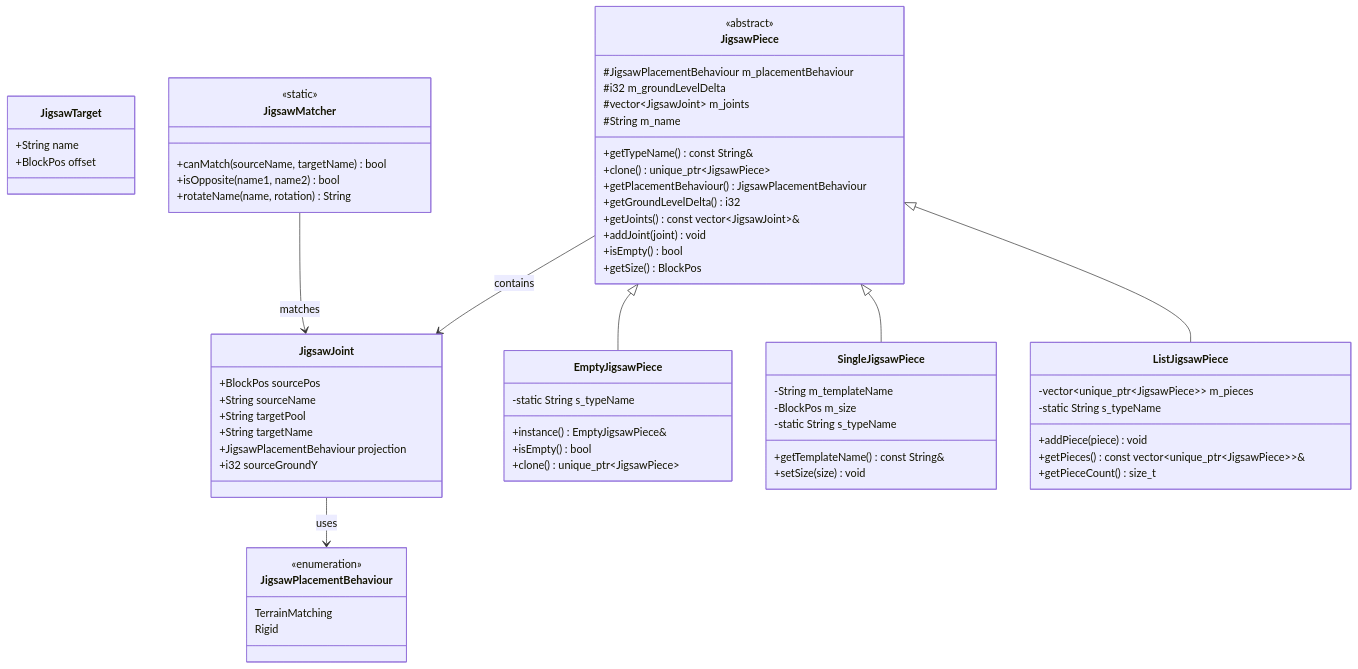
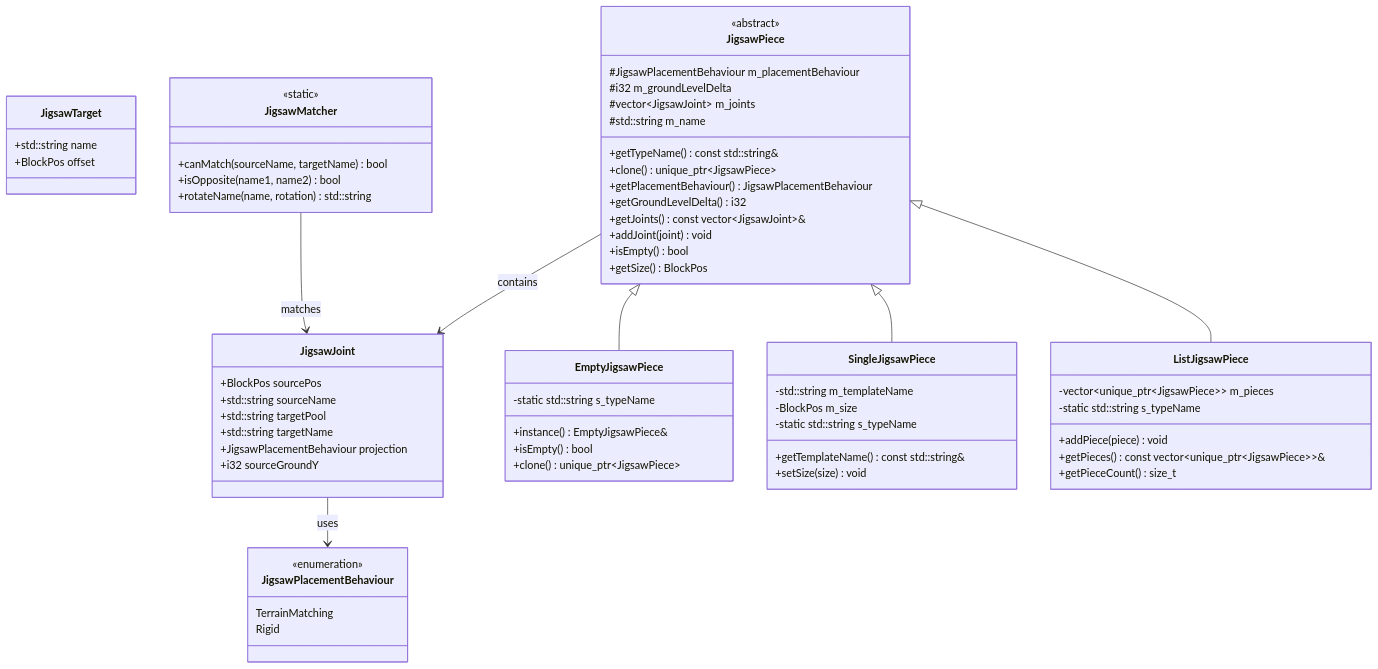
One commit to g122622/Cubium changed the first of 7 diagrams in src/common/world/gen/jigsaw/README.md. Above: the diagram before and after it, drawn with Mermaid. The commit also changed other lines of this file and 823 other files, not shown here.

````diff
--- a/src/common/world/gen/jigsaw/README.md
+++ b/src/common/world/gen/jigsaw/README.md
@@ -55,75 +55,75 @@
 ```mermaid
 classDiagram
     class JigsawPlacementBehaviour {
         <<enumeration>>
         TerrainMatching
         Rigid
     }
 
     class JigsawTarget {
-        +String name
+        +std::string name
         +BlockPos offset
     }
 
     class JigsawJoint {
         +BlockPos sourcePos
-        +String sourceName
-        +String targetPool
-        +String targetName
+        +std::string sourceName
+        +std::string targetPool
+        +std::string targetName
         +JigsawPlacementBehaviour projection
         +i32 sourceGroundY
     }
 
     class JigsawPiece {
         <<abstract>>
         #JigsawPlacementBehaviour m_placementBehaviour
         #i32 m_groundLevelDelta
         #vector~JigsawJoint~ m_joints
-        #String m_name
-        +getTypeName() const String&
+        #std::string m_name
+        +getTypeName() const std::string&
         +clone() unique_ptr~JigsawPiece~
         +getPlacementBehaviour() JigsawPlacementBehaviour
         +getGroundLevelDelta() i32
         +getJoints() const vector~JigsawJoint~&
         +addJoint(joint) void
         +isEmpty() bool
         +getSize() BlockPos
     }
 
     class EmptyJigsawPiece {
-        -static String s_typeName
+        -static std::string s_typeName
         +instance() EmptyJigsawPiece&
         +isEmpty() bool
         +clone() unique_ptr~JigsawPiece~
     }
 
     class SingleJigsawPiece {
-        -String m_templateName
+        -std::string m_templateName
         -BlockPos m_size
-        -static String s_typeName
-        +getTemplateName() const String&
+        -static std::string s_typeName
+        +getTemplateName() const std::string&
         +setSize(size) void
     }
 
     class ListJigsawPiece {
         -vector~unique_ptr~JigsawPiece~~ m_pieces
-        -static String s_typeName
+        -static std::string s_typeName
         +addPiece(piece) void
         +getPieces() const vector~unique_ptr~JigsawPiece~~&
         +getPieceCount() size_t
     }
 
     class JigsawMatcher {
         <<static>>
         +canMatch(sourceName, targetName) bool
         +isOpposite(name1, name2) bool
-        +rotateName(name, rotation) String
+        +rotateName(name, rotation) std::string
     }
 
     JigsawPiece <|-- EmptyJigsawPiece
     JigsawPiece <|-- SingleJigsawPiece
     JigsawPiece <|-- ListJigsawPiece
     JigsawPiece --> JigsawJoint : contains
     JigsawJoint --> JigsawPlacementBehaviour : uses
     JigsawMatcher --> JigsawJoint : matches
 ```
````
